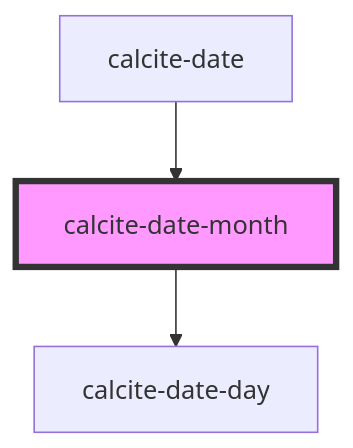
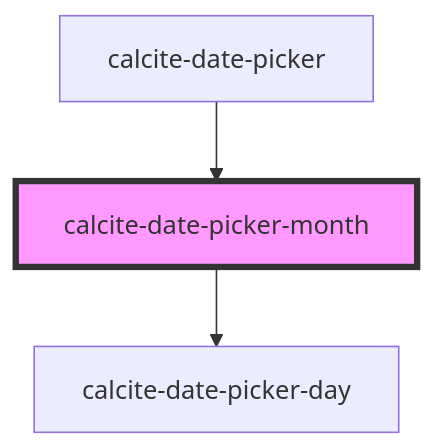
One commit to Esri/calcite-design-system changed the diagram in src/components/calcite-date-picker-month/readme.md. Above: the diagram before and after it, drawn with Mermaid. The commit also changed other lines of this file and 3 other files, not shown here.

````diff
--- a/src/components/calcite-date-picker-month/readme.md
+++ b/src/components/calcite-date-picker-month/readme.md
@@ -34,6 +39,6 @@
 ```mermaid
 graph TD;
-  calcite-date-month --> calcite-date-day
-  calcite-date --> calcite-date-month
-  style calcite-date-month fill:#f9f,stroke:#333,stroke-width:4px
+  calcite-date-picker-month --> calcite-date-picker-day
+  calcite-date-picker --> calcite-date-picker-month
+  style calcite-date-picker-month fill:#f9f,stroke:#333,stroke-width:4px
 ```
````
